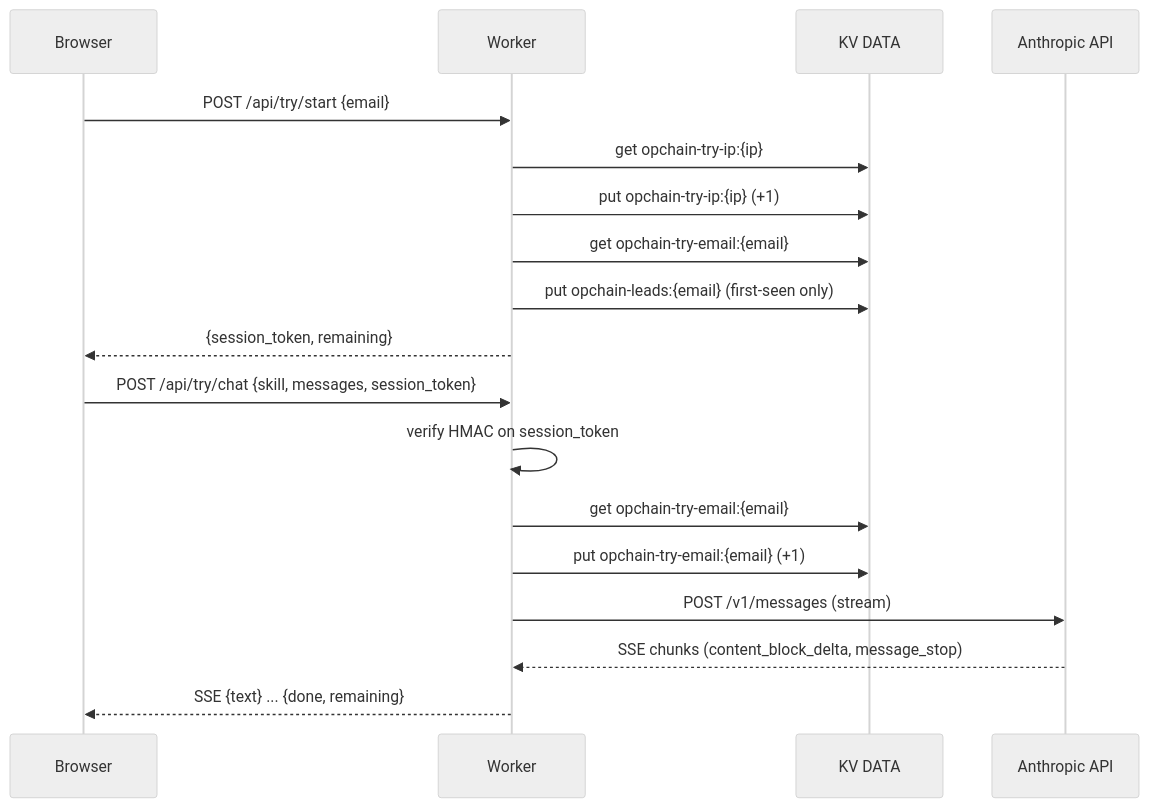
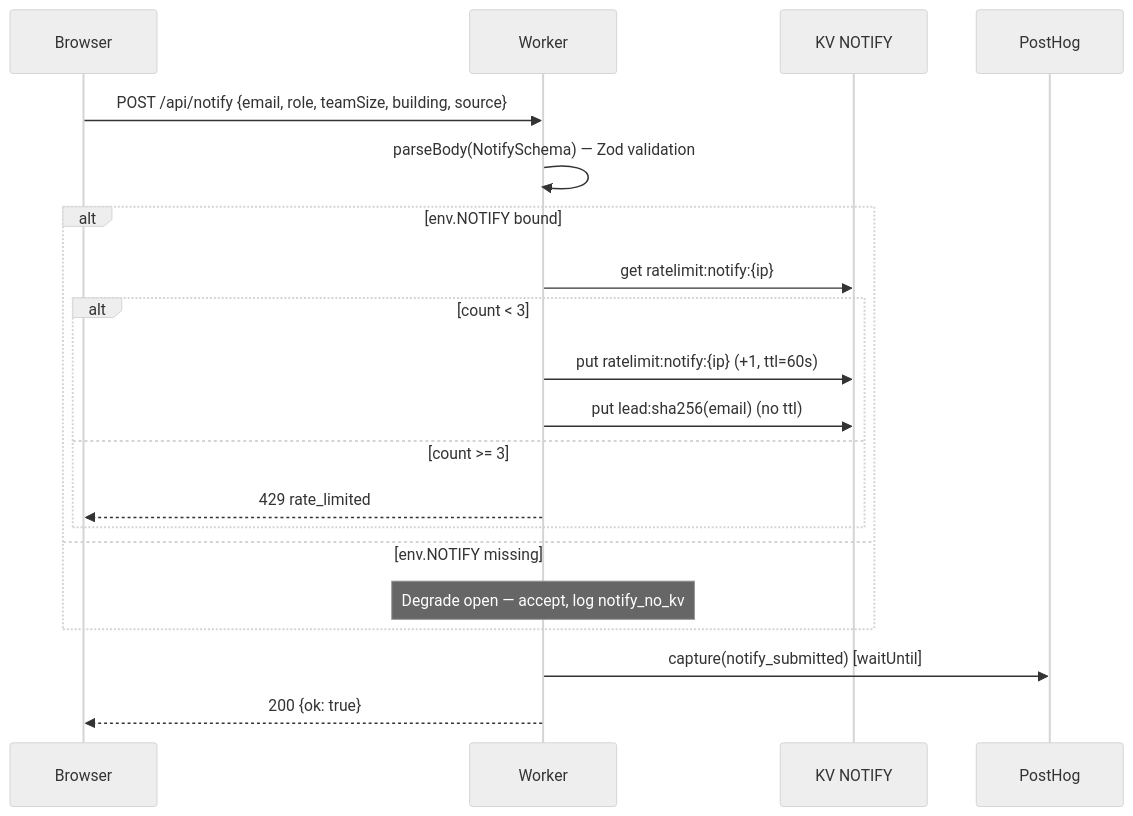
Before and after one commit to asfbay-bit/opchain: the second of 3 diagrams in reverse-spec-output/spec/02-architecture.md, drawn with Mermaid (neutral theme). The commit also changed other lines of this file and 9 other files, not shown here.

````diff
--- a/reverse-spec-output/spec/02-architecture.md
+++ b/reverse-spec-output/spec/02-architecture.md
@@ -57,22 +72,23 @@
 ```mermaid
 sequenceDiagram
   participant U as Browser
   participant W as Worker
-  participant KV as KV DATA
-  participant A as Anthropic API
+  participant KV as KV NOTIFY
+  participant PH as PostHog
 
-  U->>W: POST /api/try/start {email}
-  W->>KV: get opchain-try-ip:{ip}
-  W->>KV: put opchain-try-ip:{ip} (+1)
-  W->>KV: get opchain-try-email:{email}
-  W->>KV: put opchain-leads:{email} (first-seen only)
-  W-->>U: {session_token, remaining}
-
-  U->>W: POST /api/try/chat {skill, messages, session_token}
-  W->>W: verify HMAC on session_token
-  W->>KV: get opchain-try-email:{email}
-  W->>KV: put opchain-try-email:{email} (+1)
-  W->>A: POST /v1/messages (stream)
-  A-->>W: SSE chunks (content_block_delta, message_stop)
-  W-->>U: SSE {text} ... {done, remaining}
+  U->>W: POST /api/notify {email, role, teamSize, building, source}
+  W->>W: parseBody(NotifySchema) — Zod validation
+  alt env.NOTIFY bound
+    W->>KV: get ratelimit:notify:{ip}
+    alt count < 3
+      W->>KV: put ratelimit:notify:{ip} (+1, ttl=60s)
+      W->>KV: put lead:sha256(email) (no ttl)
+    else count >= 3
+      W-->>U: 429 rate_limited
+    end
+  else env.NOTIFY missing
+    Note over W: Degrade open — accept, log notify_no_kv
+  end
+  W->>PH: capture(notify_submitted) [waitUntil]
+  W-->>U: 200 {ok: true}
 ```
````
